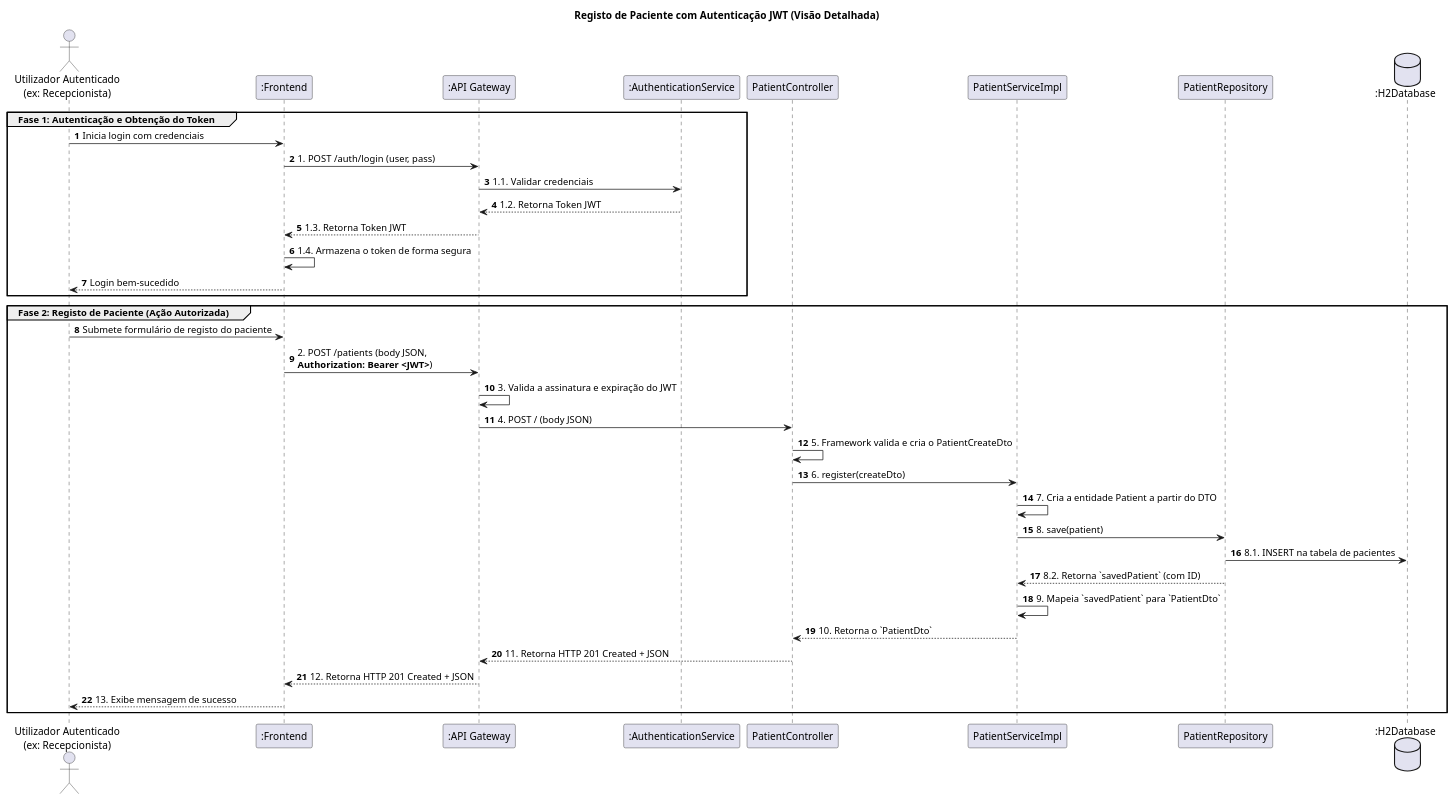
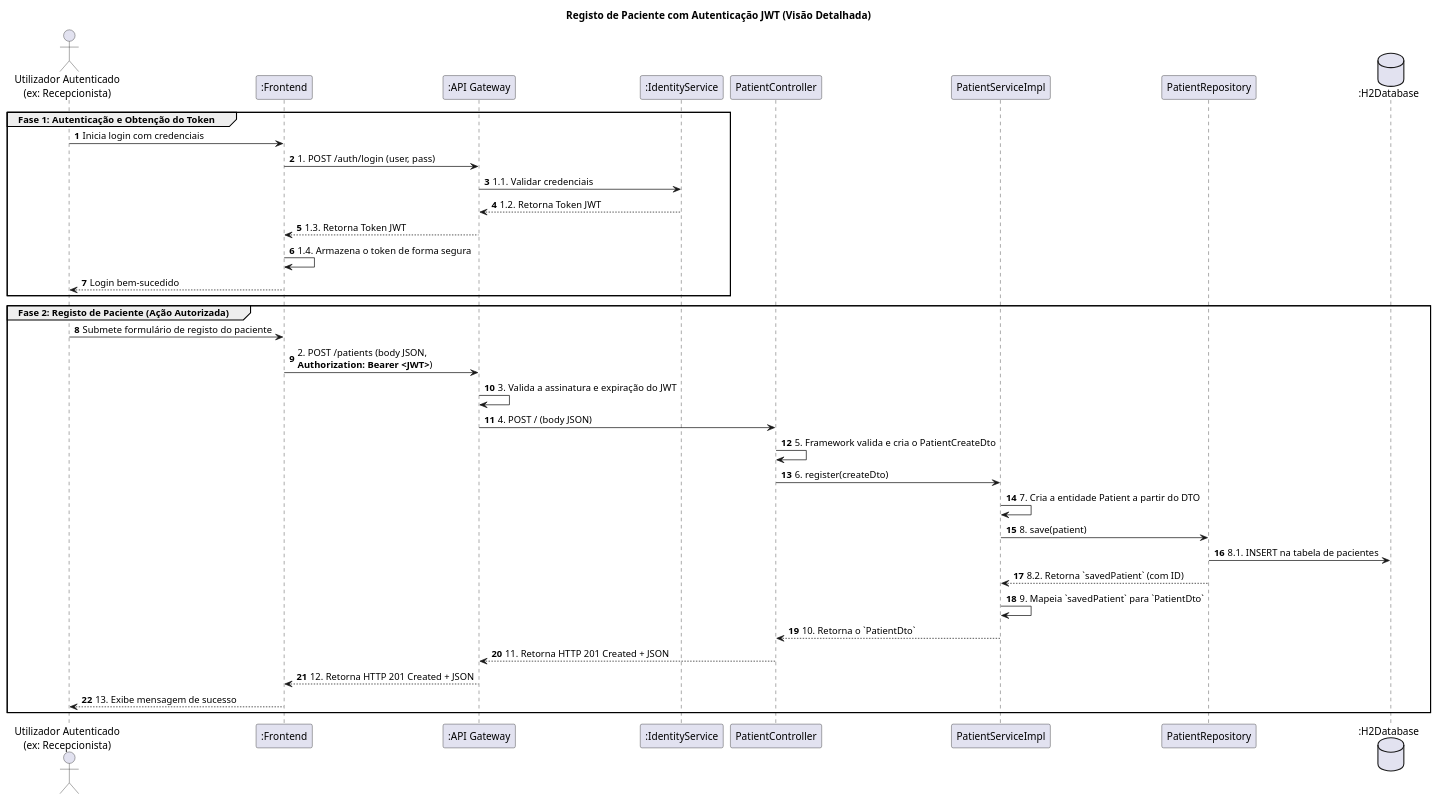
Before and after one commit to Parafita123/LETI_SIDIS_3DA_2: the diagram in docs/Nivel 4+1/SSD/Registar paciente.puml, drawn with PlantUML. The commit also changed 8 other files, not shown here.

```diff
--- a/docs/Nivel 4+1/SSD/Registar paciente.puml
+++ b/docs/Nivel 4+1/SSD/Registar paciente.puml
@@ -1,50 +1,50 @@
 @startuml
 title Registo de Paciente com Autenticação JWT (Visão Detalhada)
 
 actor "Utilizador Autenticado\n(ex: Recepcionista)" as User
 participant ":Frontend" as Frontend
 participant ":API Gateway" as Gateway
-participant ":AuthenticationService" as AuthService
+participant ":IdentityService" as IdentityService
 participant PatientController as Controller
 participant PatientServiceImpl as Service
 participant PatientRepository as Repo
 database ":H2Database" as DB
 
 
 autonumber
 
 group Fase 1: Autenticação e Obtenção do Token
 
     User -> Frontend : Inicia login com credenciais
     Frontend -> Gateway : 1. POST /auth/login (user, pass)
-    Gateway -> AuthService : 1.1. Validar credenciais
-    AuthService --> Gateway : 1.2. Retorna Token JWT
+    Gateway -> IdentityService : 1.1. Validar credenciais
+    IdentityService --> Gateway : 1.2. Retorna Token JWT
     Gateway --> Frontend : 1.3. Retorna Token JWT
     Frontend -> Frontend : 1.4. Armazena o token de forma segura
     Frontend --> User : Login bem-sucedido
 
 end
 
 group Fase 2: Registo de Paciente (Ação Autorizada)
 
     User -> Frontend : Submete formulário de registo do paciente
 
     Frontend -> Gateway : 2. POST /patients (body JSON, \n**Authorization: Bearer <JWT>**)
     Gateway -> Gateway : 3. Valida a assinatura e expiração do JWT
     Gateway -> Controller : 4. POST / (body JSON)
     Controller -> Controller : 5. Framework valida e cria o PatientCreateDto
     Controller -> Service : 6. register(createDto)
     Service -> Service : 7. Cria a entidade Patient a partir do DTO
     Service -> Repo : 8. save(patient)
     Repo -> DB : 8.1. INSERT na tabela de pacientes
     Repo --> Service : 8.2. Retorna `savedPatient` (com ID)
     Service -> Service : 9. Mapeia `savedPatient` para `PatientDto`
     Service --> Controller : 10. Retorna o `PatientDto`
 
     Controller --> Gateway : 11. Retorna HTTP 201 Created + JSON
 
     Gateway --> Frontend : 12. Retorna HTTP 201 Created + JSON
     Frontend --> User : 13. Exibe mensagem de sucesso
 
 end
 @enduml
```
